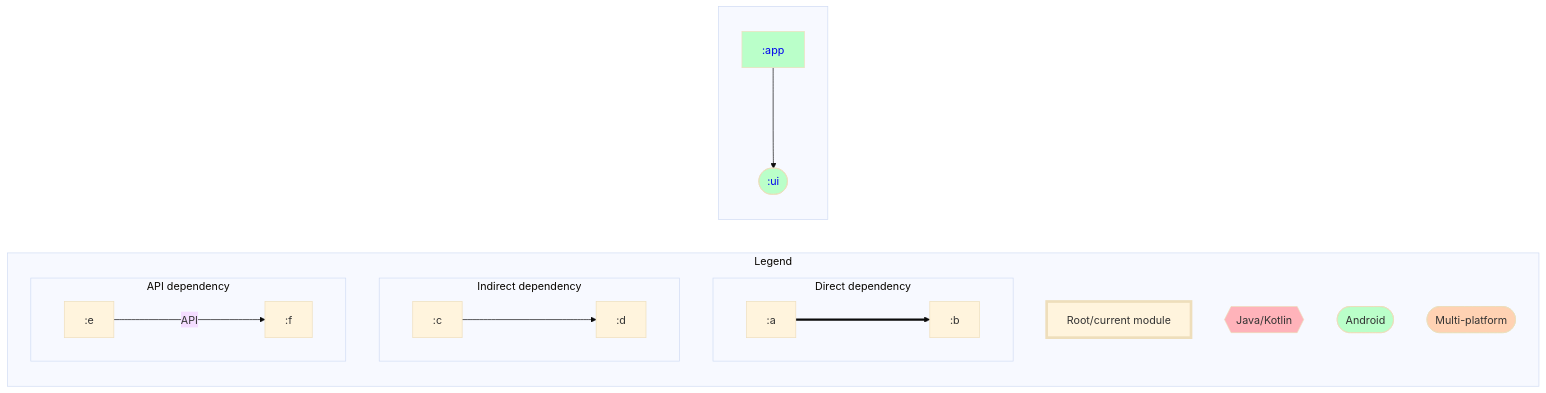
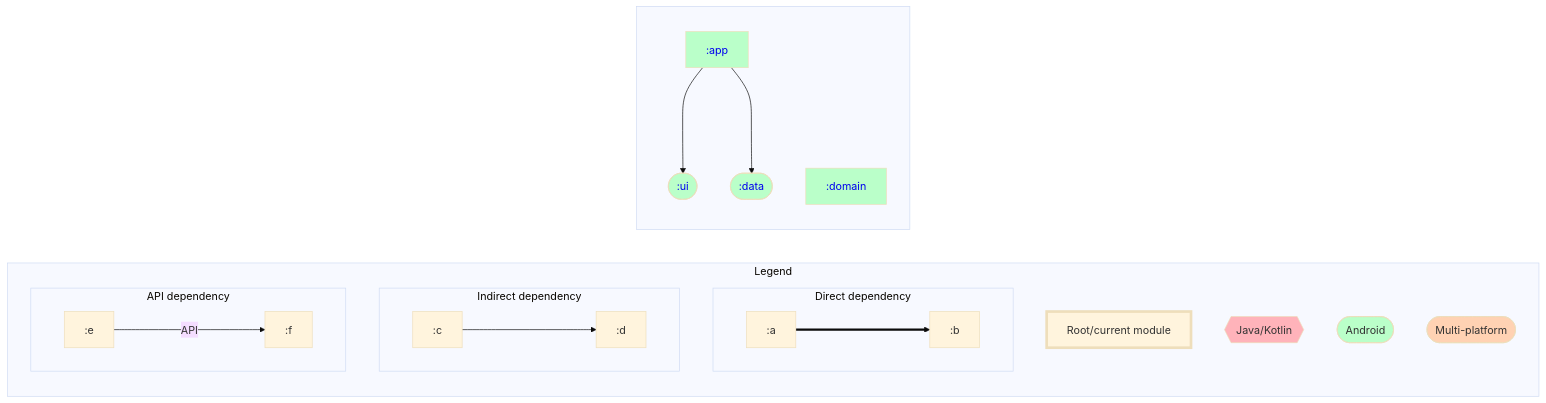
The diagram in dependencyGraph.md (ARES-ID/Daedalus), drawn with Mermaid before and after one commit. The commit also changed 39 other files, not shown here.

````diff
--- a/dependencyGraph.md
+++ b/dependencyGraph.md
@@ -1,43 +1,46 @@
 ```mermaid
 %%{ init: { 'theme': 'base' } }%%
 graph LR;
 
 %% Styling for module nodes by type
 classDef rootNode stroke-width:4px;
 classDef mppNode fill:#ffd2b3,color:#333333;
 classDef andNode fill:#baffc9,color:#333333;
 classDef javaNode fill:#ffb3ba,color:#333333;
 
 %% Graph types
 subgraph Legend
   direction TB;
   rootNode[Root/current module]:::rootNode;
   javaNode{{Java/Kotlin}}:::javaNode;
   andNode([Android]):::andNode;
   mppNode([Multi-platform]):::mppNode;
   subgraph Direct dependency
     direction LR;
     :a===>:b
   end
   subgraph Indirect dependency
     direction LR;
     :c--->:d
   end
   subgraph API dependency
     direction LR;
     :e--API--->:f
   end
 end
 
 %% Modules
 subgraph  
   direction TB;
   :app[<a href='https://github.com/rjspies/Daedalus/blob/main/app/dependencyGraph.md' style='text-decoration:auto'>:app</a>]:::andNode;
+  :data([<a href='https://github.com/rjspies/Daedalus/blob/main/data/dependencyGraph.md' style='text-decoration:auto'>:data</a>]):::andNode;
+  :domain[<a href='https://github.com/rjspies/Daedalus/blob/main/domain/dependencyGraph.md' style='text-decoration:auto'>:domain</a>]:::andNode;
   :ui([<a href='https://github.com/rjspies/Daedalus/blob/main/ui/dependencyGraph.md' style='text-decoration:auto'>:ui</a>]):::andNode;
 end
 
 %% Dependencies
 :app--->:ui
+:app--->:data
 
 %% Dependents
 ```
````
